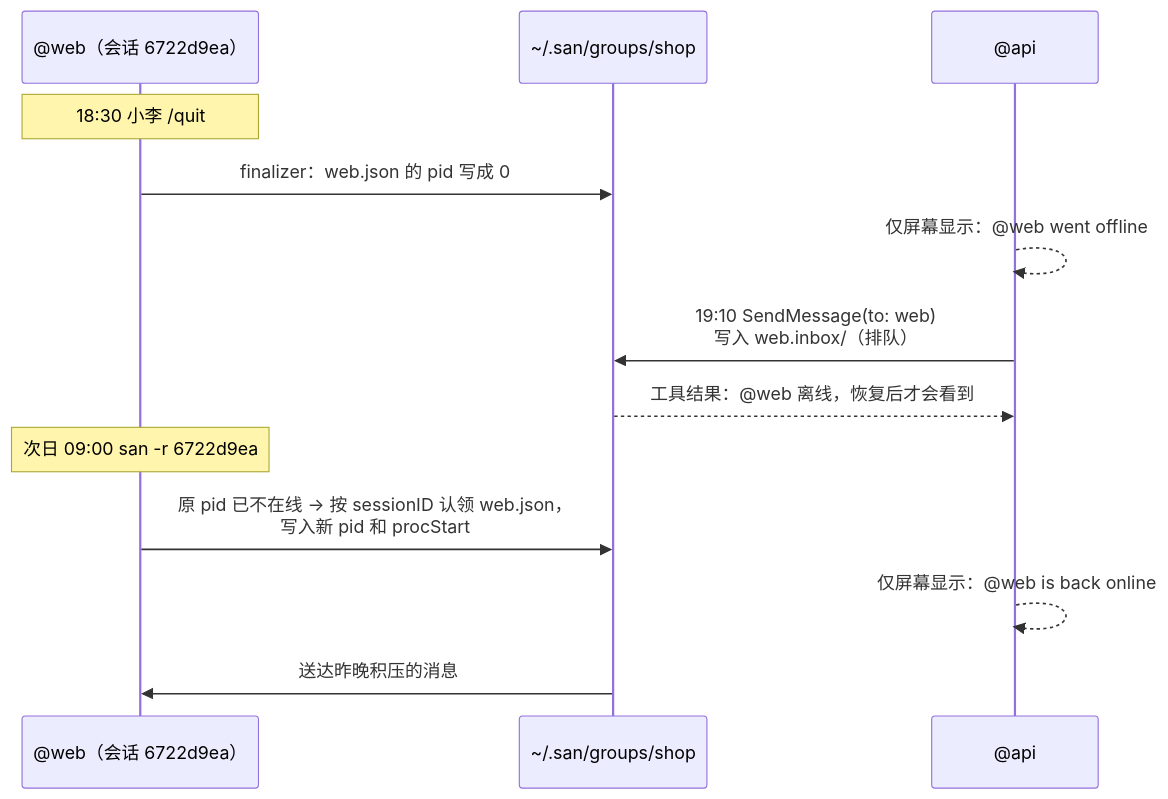
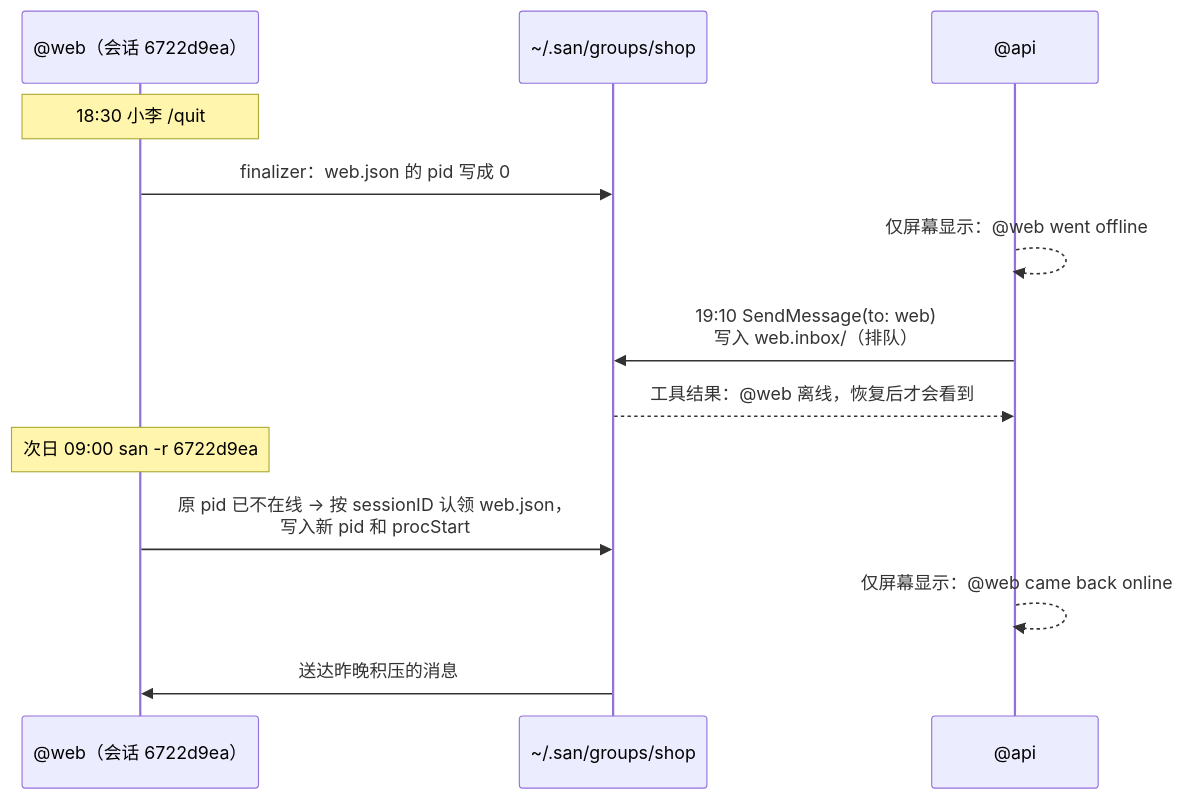
The fourth of 5 diagrams in docs/design/proposals/0003-session-groups.zh.md (genai-io/san), drawn with Mermaid before and after one commit. The commit also changed other lines of this file and 6 other files, not shown here.

````diff
--- a/docs/design/proposals/0003-session-groups.zh.md
+++ b/docs/design/proposals/0003-session-groups.zh.md
@@ -381,15 +383,15 @@
 ```mermaid
 sequenceDiagram
     participant W as @web（会话 6722d9ea）
     participant FS as ~/.san/groups/shop
     participant A as @api
     Note over W: 18:30 小李 /quit
     W->>FS: finalizer：web.json 的 pid 写成 0
     A-->>A: 仅屏幕显示：@web went offline
     A->>FS: 19:10 SendMessage(to: web)<br/>写入 web.inbox/（排队）
     FS-->>A: 工具结果：@web 离线，恢复后才会看到
     Note over W: 次日 09:00 san -r 6722d9ea
     W->>FS: 原 pid 已不在线 → 按 sessionID 认领 web.json，<br/>写入新 pid 和 procStart
-    A-->>A: 仅屏幕显示：@web is back online
+    A-->>A: 仅屏幕显示：@web came back online
     FS->>W: 送达昨晚积压的消息
 ```
````
